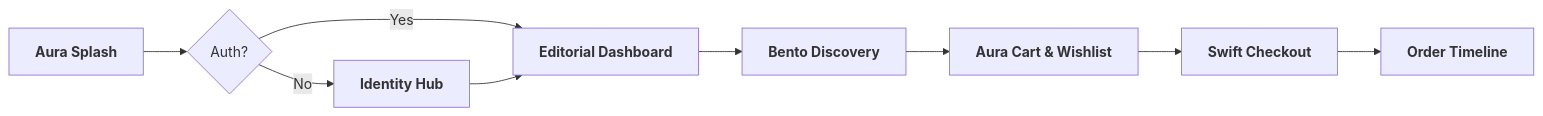
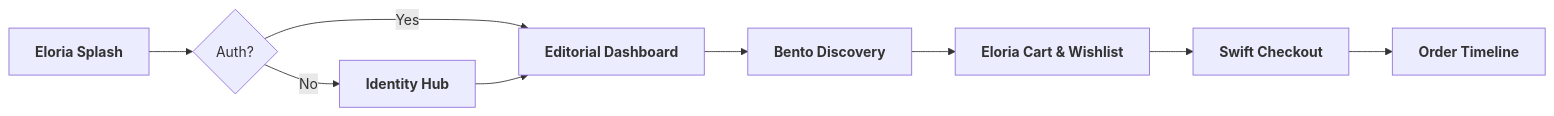
One commit to anshu-ac-dv/aura_mart changed the diagram in README.md. Above: the diagram before and after it, drawn with Mermaid. The commit also changed other lines of this file and 19 other files, not shown here.

````diff
--- a/README.md
+++ b/README.md
@@ -37,11 +37,11 @@
 ```mermaid
 graph LR
-    A[<b>Aura Splash</b>] --> B{Auth?}
+    A[<b>Eloria Splash</b>] --> B{Auth?}
     B -- No --> C[<b>Identity Hub</b>]
     B -- Yes --> D[<b>Editorial Dashboard</b>]
     C --> D
     D --> E[<b>Bento Discovery</b>]
-    E --> F[<b>Aura Cart & Wishlist</b>]
+    E --> F[<b>Eloria Cart & Wishlist</b>]
     F --> G[<b>Swift Checkout</b>]
     G --> H[<b>Order Timeline</b>]
 ```
````
